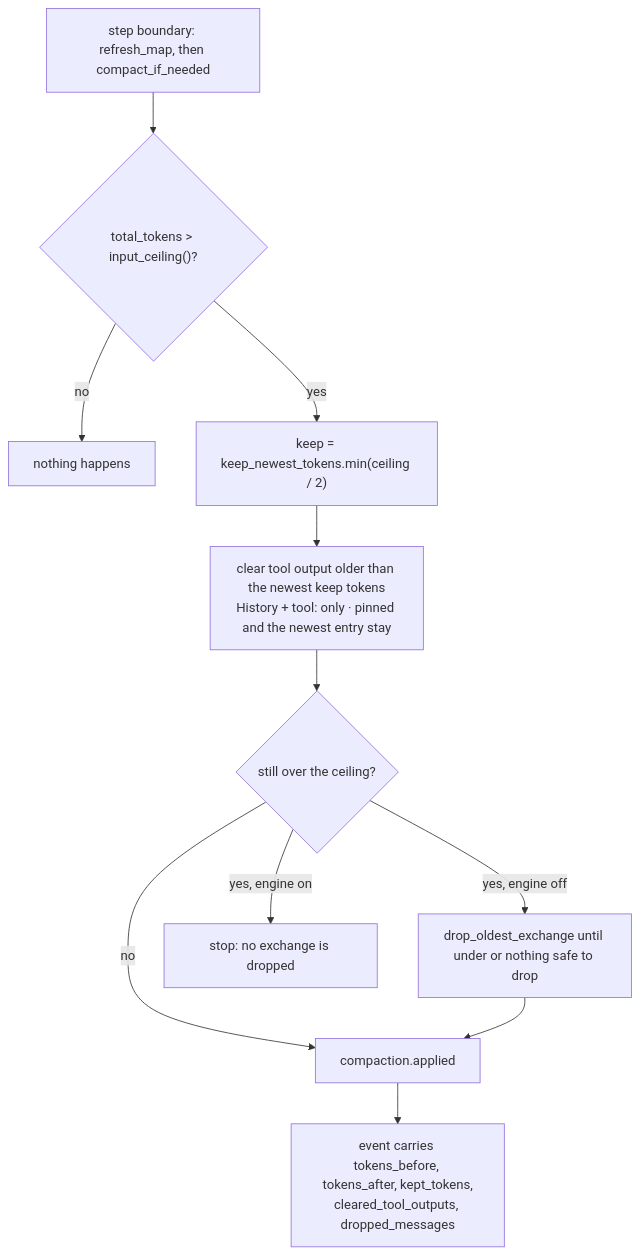
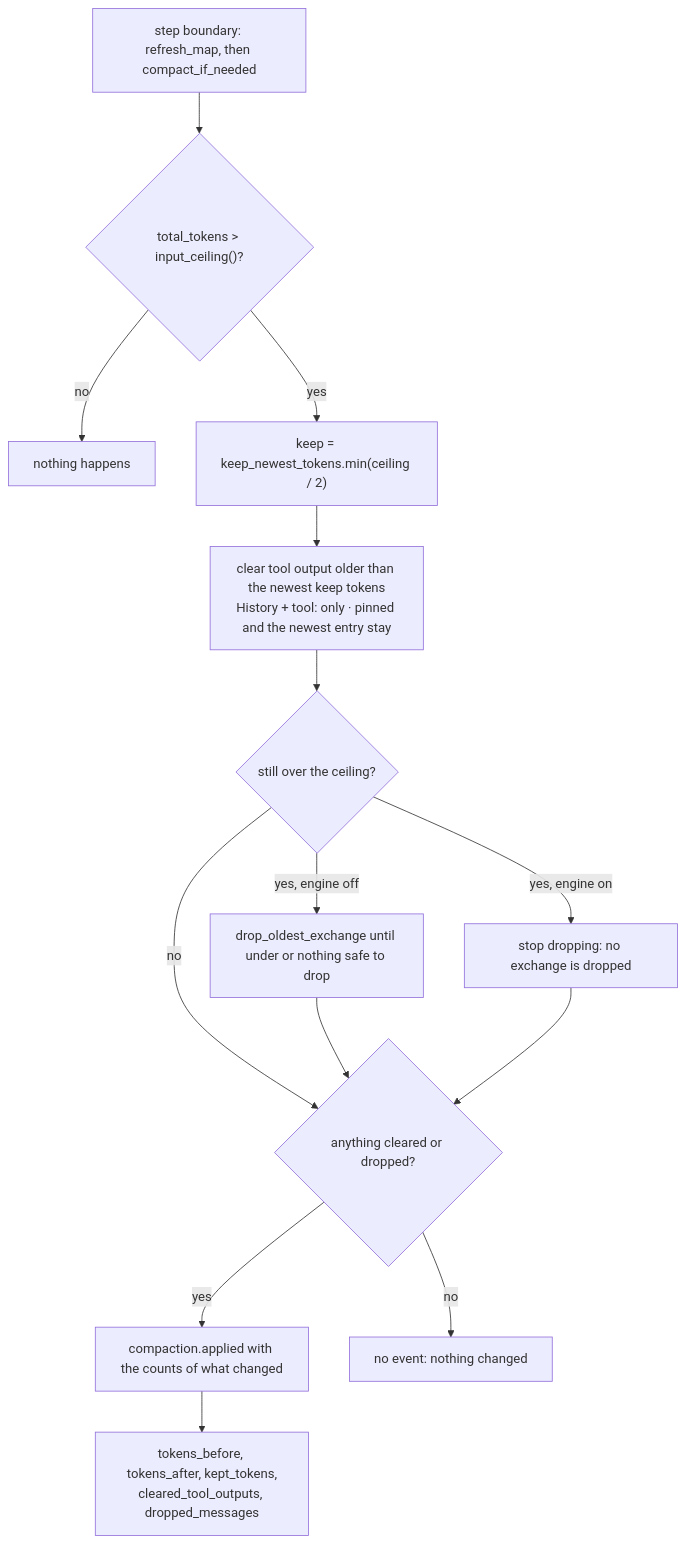
Before and after one commit to fengchangfight/loongagent: the second of 2 diagrams in docs/design/context-ledger.md, drawn with Mermaid. The commit also changed other lines of this file and 2 other files, not shown here.

````diff
--- a/docs/design/context-ledger.md
+++ b/docs/design/context-ledger.md
@@ -146,13 +147,16 @@
 ```mermaid
 flowchart TD
     A["step boundary: refresh_map, then compact_if_needed"] --> B{"total_tokens > input_ceiling()?"}
     B -- no --> Z["nothing happens"]
     B -- yes --> K["keep = keep_newest_tokens.min(ceiling / 2)"]
     K --> C["clear tool output older than the newest keep tokens<br/>History + tool: only · pinned and the newest entry stay"]
     C --> D{"still over the ceiling?"}
-    D -- no --> E["compaction.applied"]
+    D -- no --> CHG{"anything cleared or dropped?"}
     D -- "yes, engine off" --> F["drop_oldest_exchange until under or nothing safe to drop"]
-    D -- "yes, engine on" --> G["stop: no exchange is dropped"]
-    F --> E
-    E --> Z2["event carries tokens_before, tokens_after, kept_tokens,<br/>cleared_tool_outputs, dropped_messages"]
+    D -- "yes, engine on" --> G["stop dropping: no exchange is dropped"]
+    F --> CHG
+    G --> CHG
+    CHG -- yes --> E["compaction.applied with the counts of what changed"]
+    CHG -- no --> Z2["no event: nothing changed"]
+    E --> Z3["tokens_before, tokens_after, kept_tokens,<br/>cleared_tool_outputs, dropped_messages"]
 ```
````
